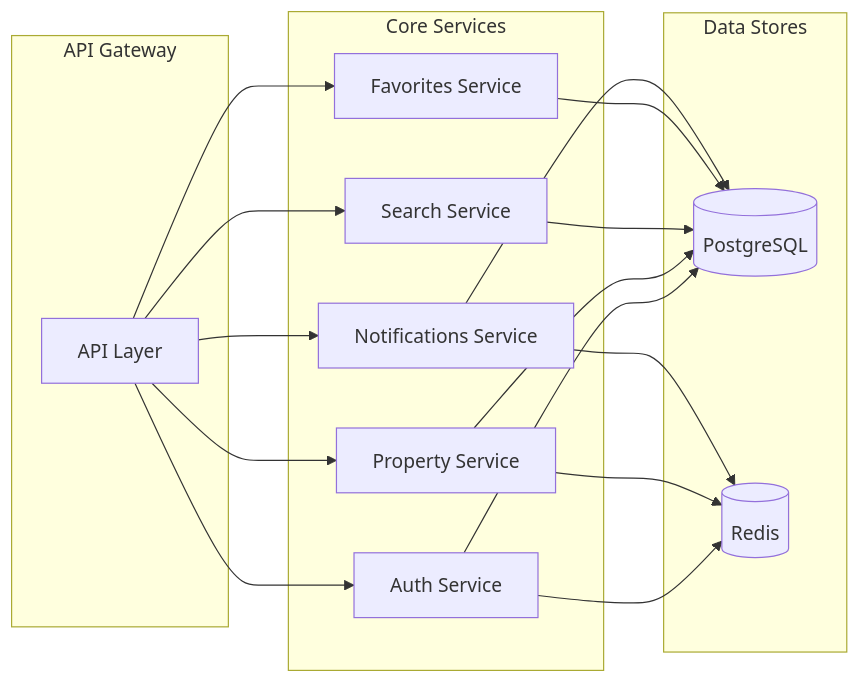
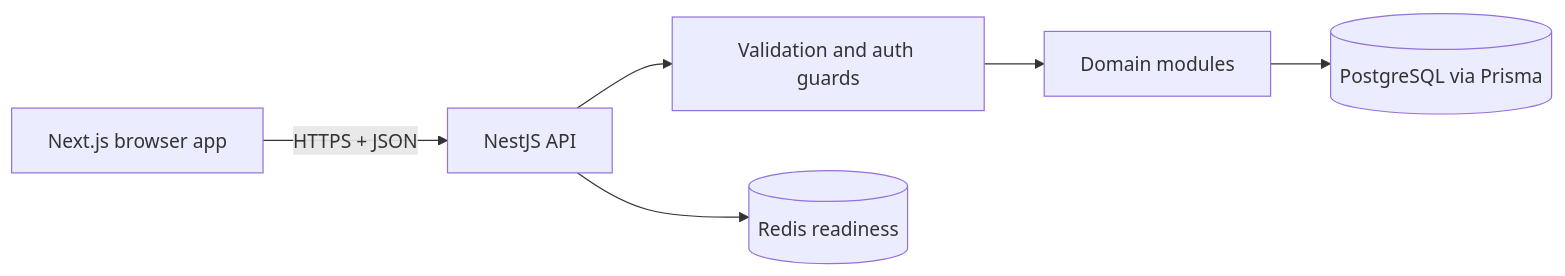
One commit to wikiccu/Estatemint changed the diagram in docs/architecture-v1.md. Above: the diagram before and after it, drawn with Mermaid. The commit also changed other lines of this file and 84 other files, not shown here.

````diff
--- a/docs/architecture-v1.md
+++ b/docs/architecture-v1.md
@@ -118,33 +47,8 @@
 ```mermaid
 flowchart LR
-    subgraph API Gateway
-        G[API Layer]
-    end
-
-    subgraph Core Services
-        S1[Auth Service]
-        S2[Property Service]
-        S3[Search Service]
-        S4[Favorites Service]
-        S5[Notifications Service]
-    end
-
-    subgraph Data Stores
-        P[(PostgreSQL)]
-        R[(Redis)]
-    end
-
-    G --> S1
-    G --> S2
-    G --> S3
-    G --> S4
-    G --> S5
-    S1 --> P
-    S2 --> P
-    S3 --> P
-    S4 --> P
-    S5 --> P
-    S1 --> R
-    S2 --> R
-    S5 --> R
+    B[Next.js browser app] -->|HTTPS + JSON| A[NestJS API]
+    A --> V[Validation and auth guards]
+    V --> M[Domain modules]
+    M --> P[(PostgreSQL via Prisma)]
+    A --> R[(Redis readiness)]
 ```
````
